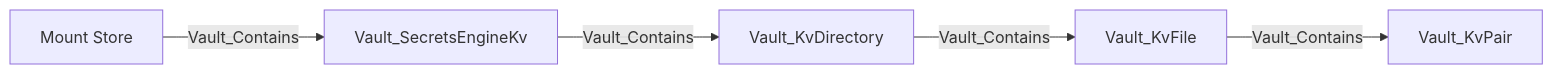
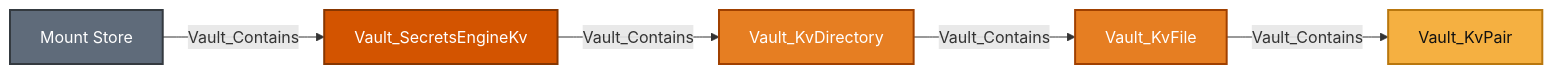
One commit to bytewreck/opengraph-vault changed diagram 14 of 29 in Documentation/stores/MOUNTS.md. Above: the diagram before and after it, drawn with Mermaid. The commit also changed other lines of this file and 4 other files, not shown here.

````diff
--- a/Documentation/stores/MOUNTS.md
+++ b/Documentation/stores/MOUNTS.md
@@ -388,7 +437,12 @@
 ```mermaid
 flowchart LR
-    store[Mount Store] -->|Vault_Contains| mount[Vault_SecretsEngineKv]
-    mount -->|Vault_Contains| directory[Vault_KvDirectory]
-    directory -->|Vault_Contains| file[Vault_KvFile]
-    file -->|Vault_Contains| pair[Vault_KvPair]
+    store[Mount Store]:::storeNode -->|Vault_Contains| mount[Vault_SecretsEngineKv]:::mountNode
+    mount -->|Vault_Contains| directory[Vault_KvDirectory]:::kvObjectNode
+    directory -->|Vault_Contains| file[Vault_KvFile]:::kvObjectNode
+    file -->|Vault_Contains| pair[Vault_KvPair]:::kvPairNode
+
+    classDef storeNode fill:#5F6B7A,color:#fff,stroke:#343A40,stroke-width:2px
+    classDef mountNode fill:#D35400,color:#fff,stroke:#873600,stroke-width:2px
+    classDef kvObjectNode fill:#E67E22,color:#fff,stroke:#A04000,stroke-width:2px
+    classDef kvPairNode fill:#F5B041,color:#111,stroke:#B9770E,stroke-width:2px
 ```
````
